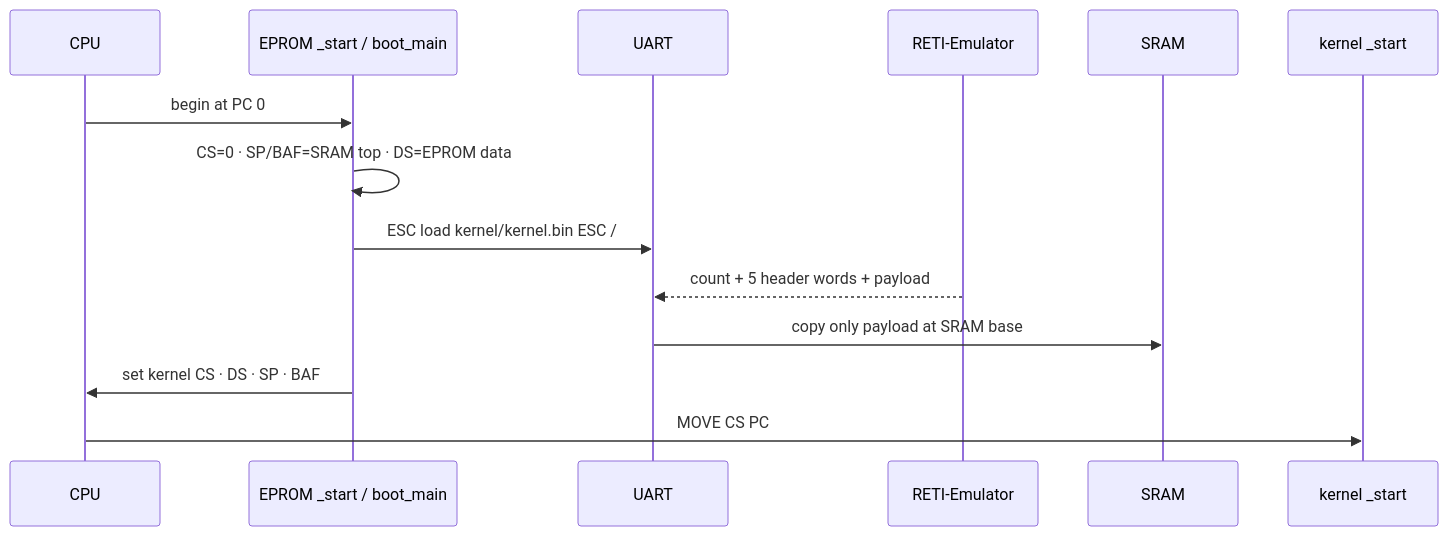
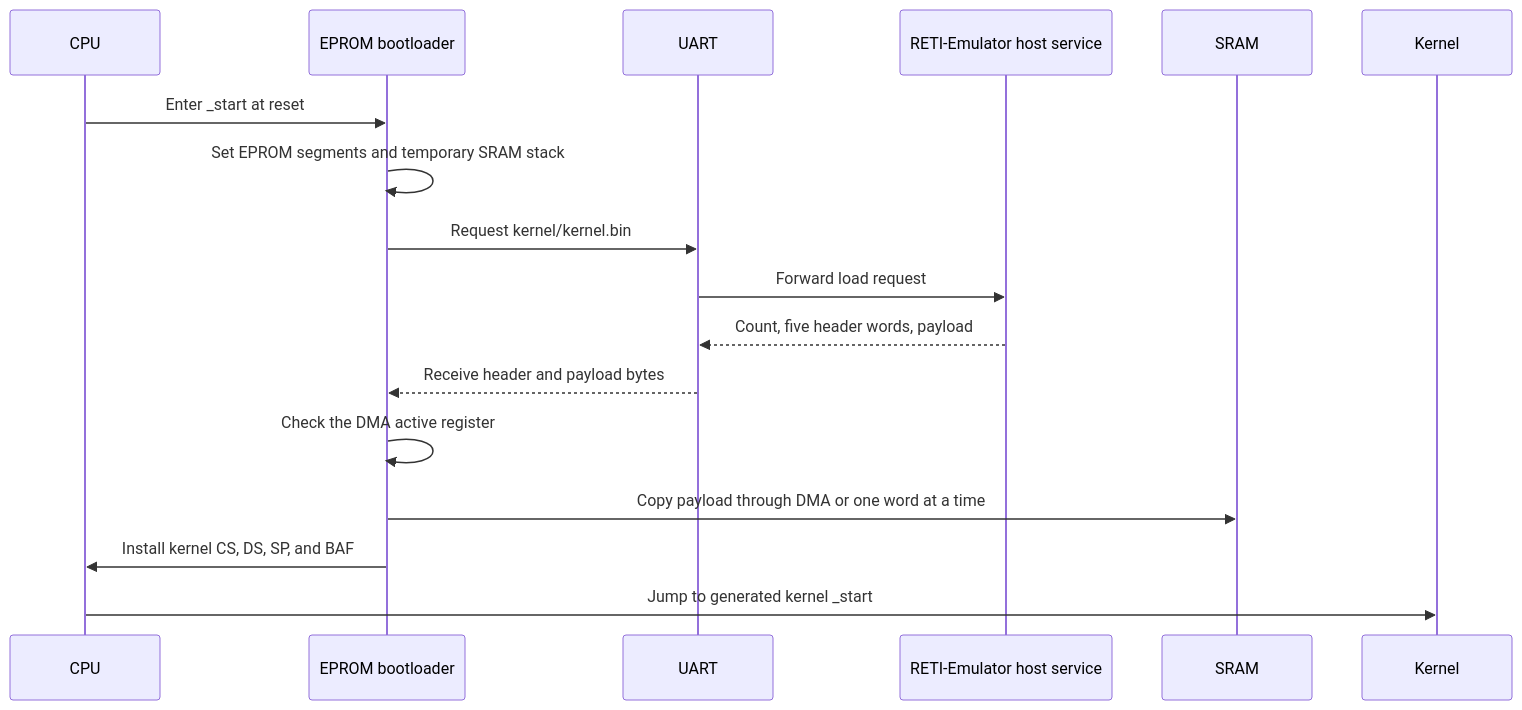
Before and after one commit to matthejue/Pico-OS_Presentation: the sixth of 32 diagrams in slides.md, drawn with Mermaid. The commit also changed other lines of this file and 10 other files, not shown here.

Commit message:
updated the PicoOS presentation to follow the refreshed README structure and content Added visual zoom support, Mermaid rendering, presentation validation, and source review documentation Refreshed presentation styling, metadata, source snapshots, and contributor instructions

````diff
--- a/slides.md
+++ b/slides.md
@@ -524,16 +924,20 @@
-```mermaid {scale:0.82}
+```mermaid
 sequenceDiagram
     participant CPU
-    participant EPROM as EPROM _start / boot_main
+    participant EPROM as EPROM bootloader
     participant UART
-    participant Host as RETI-Emulator
+    participant Host as RETI-Emulator host service
     participant SRAM
-    participant K as kernel _start
-    CPU->>EPROM: begin at PC 0
-    EPROM->>EPROM: CS=0 · SP/BAF=SRAM top · DS=EPROM data
-    EPROM->>UART: ESC load kernel/kernel.bin ESC /
-    Host-->>UART: count + 5 header words + payload
-    UART->>SRAM: copy only payload at SRAM base
-    EPROM->>CPU: set kernel CS · DS · SP · BAF
-    CPU->>K: MOVE CS PC
+    participant Kernel
+
+    CPU->>EPROM: Enter _start at reset
+    EPROM->>EPROM: Set EPROM segments and temporary SRAM stack
+    EPROM->>UART: Request kernel/kernel.bin
+    UART->>Host: Forward load request
+    Host-->>UART: Count, five header words, payload
+    UART-->>EPROM: Receive header and payload bytes
+    EPROM->>EPROM: Check the DMA active register
+    EPROM->>SRAM: Copy payload through DMA or one word at a time
+    EPROM->>CPU: Install kernel CS, DS, SP, and BAF
+    CPU->>Kernel: Jump to generated kernel _start
 ```
````
